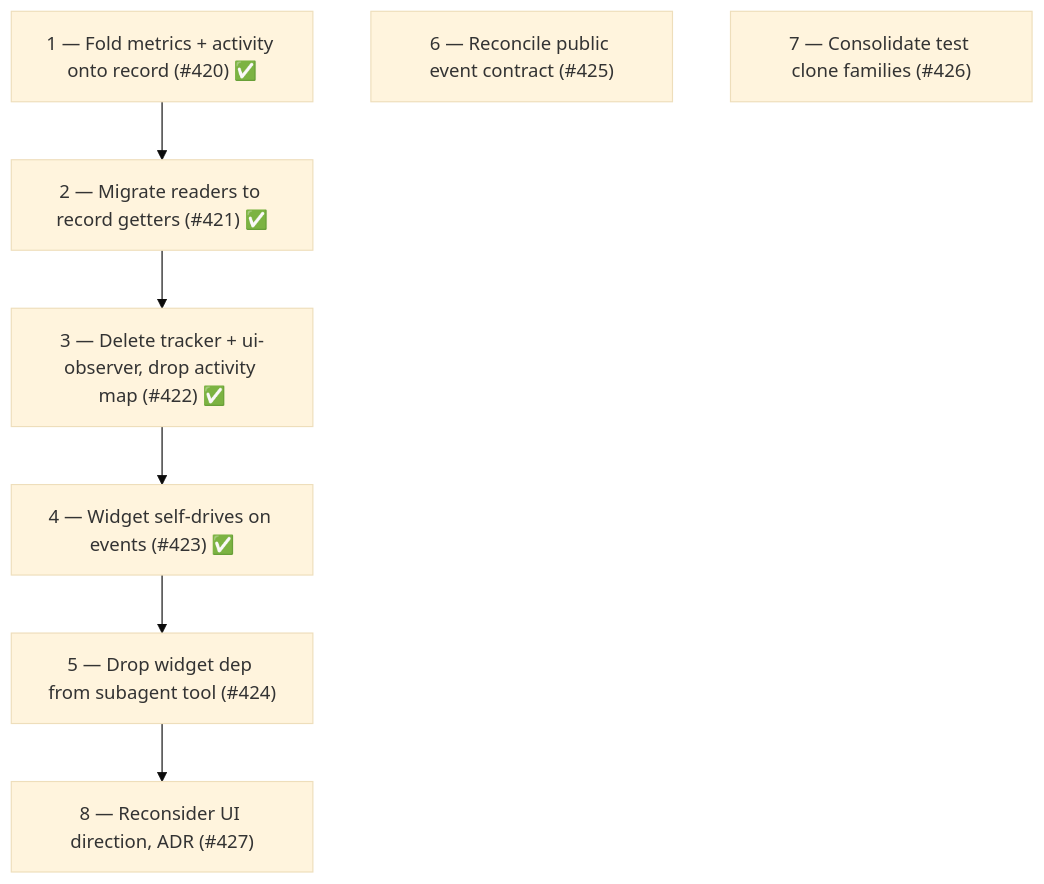
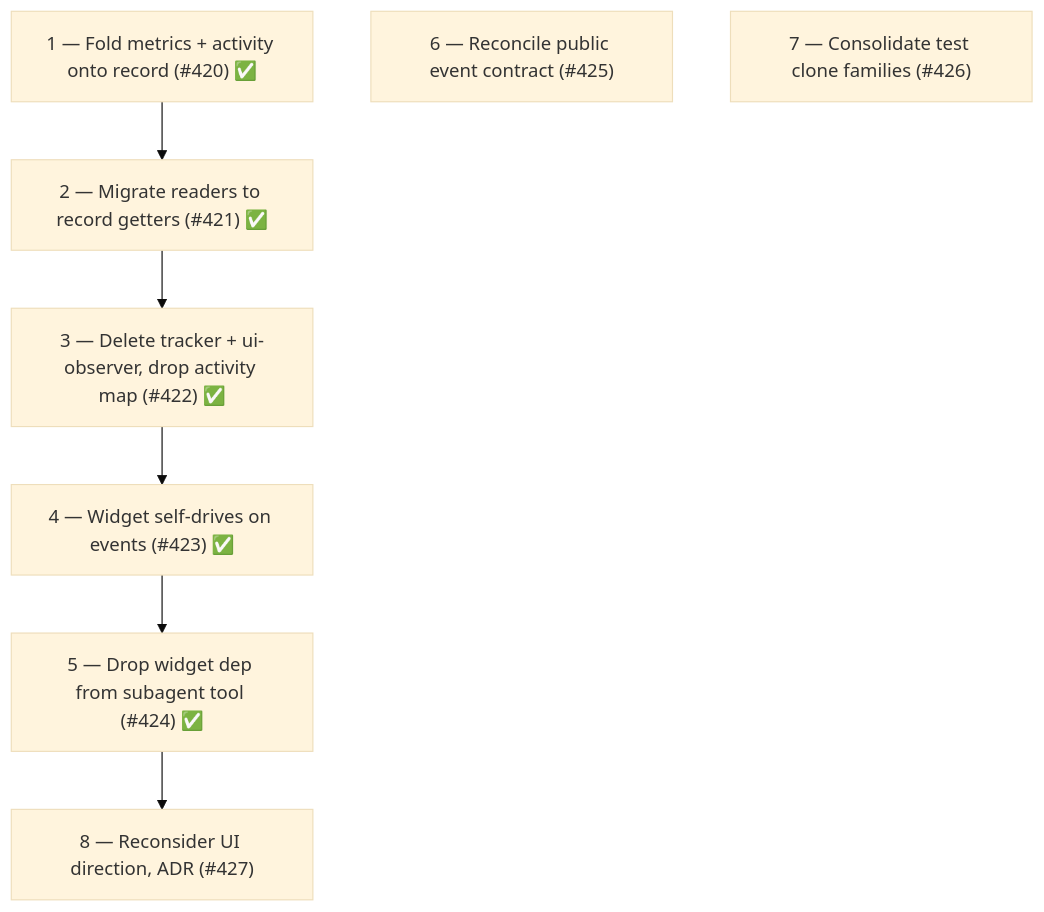
One commit to ttdua/pi-subagents changed the sixth of 6 diagrams in docs/architecture/architecture.md. Above: the diagram before and after it, drawn with Mermaid (base theme). The commit also changed other lines of this file, not shown here.

Commit message:
docs: mark Phase 18 Step 5 complete and drop the tool widget dep (#424)

````diff
--- a/docs/architecture/architecture.md
+++ b/docs/architecture/architecture.md
@@ -1009,15 +1011,15 @@
 ```mermaid
 flowchart TB
     S1["1 — Fold metrics + activity onto record (#420) ✅"]
     S2["2 — Migrate readers to record getters (#421) ✅"]
     S3["3 — Delete tracker + ui-observer, drop activity map (#422) ✅"]
     S4["4 — Widget self-drives on events (#423) ✅"]
-    S5["5 — Drop widget dep from subagent tool (#424)"]
+    S5["5 — Drop widget dep from subagent tool (#424) ✅"]
     S6["6 — Reconcile public event contract (#425)"]
     S7["7 — Consolidate test clone families (#426)"]
     S8["8 — Reconsider UI direction, ADR (#427)"]
 
     S1 --> S2 --> S3 --> S4 --> S5 --> S8
     S6
     S7
 ```
````
